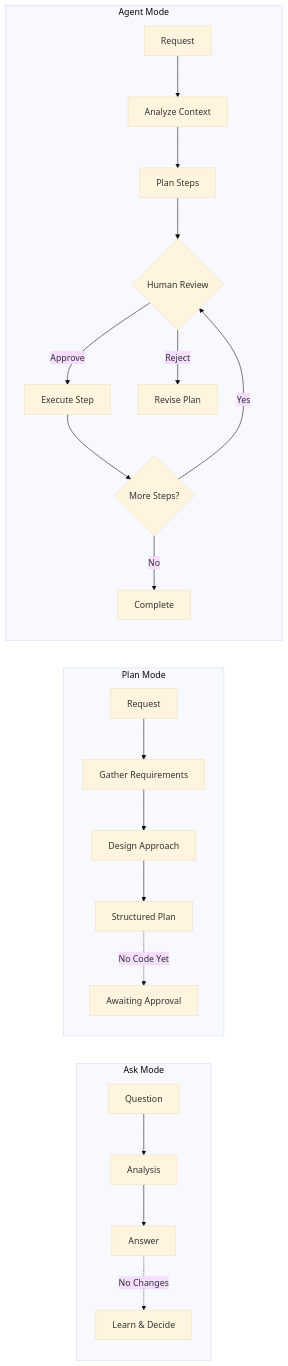
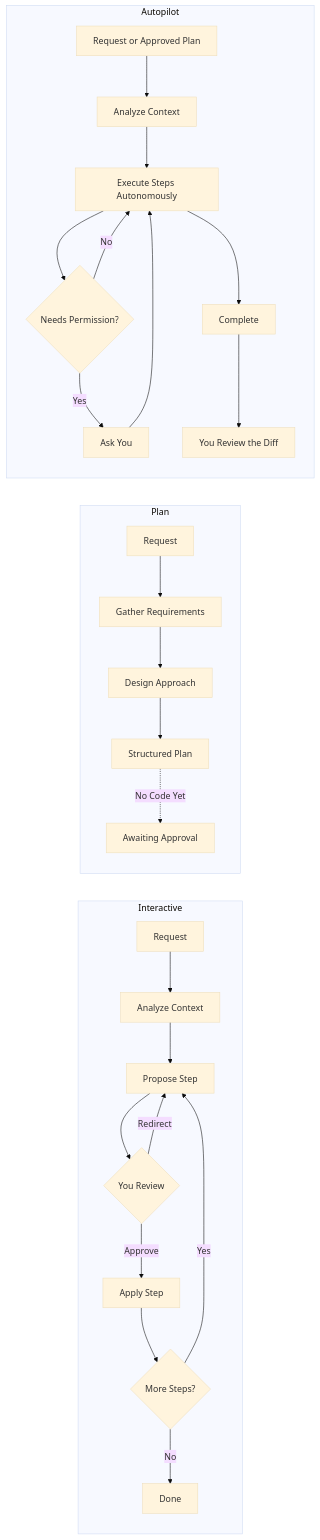
Before and after one commit to centricconsulting/ai-coding-workshop: the second of 6 diagrams in docs/design/diagrams/copilot-interaction-models.md, drawn with Mermaid (base theme). The commit also changed other lines of this file and 21 other files, not shown here.

First line of the commit message:
docs: update interaction models for Interactive, Plan, and Autopilot modes

````diff
--- a/docs/design/diagrams/copilot-interaction-models.md
+++ b/docs/design/diagrams/copilot-interaction-models.md
@@ -26,26 +28,31 @@
 ```mermaid
 graph LR
-    subgraph "Ask Mode"
-        A1[Question] --> A2[Analysis]
-        A2 --> A3[Answer]
-        A3 -.No Changes.-> A4[Learn & Decide]
+    subgraph "Interactive"
+        I1[Request] --> I2[Analyze Context]
+        I2 --> I3[Propose Step]
+        I3 --> I4{You Review}
+        I4 -->|Approve| I5[Apply Step]
+        I4 -->|Redirect| I3
+        I5 --> I6{More Steps?}
+        I6 -->|Yes| I3
+        I6 -->|No| I7[Done]
     end
-    
-    subgraph "Plan Mode"
+
+    subgraph "Plan"
         P1[Request] --> P2[Gather Requirements]
         P2 --> P3[Design Approach]
         P3 --> P4[Structured Plan]
         P4 -.No Code Yet.-> P5[Awaiting Approval]
     end
-    
-    subgraph "Agent Mode"
-        G1[Request] --> G2[Analyze Context]
-        G2 --> G3[Plan Steps]
-        G3 --> G4{Human Review}
-        G4 -->|Approve| G5[Execute Step]
-        G4 -->|Reject| G6[Revise Plan]
-        G5 --> G7{More Steps?}
-        G7 -->|Yes| G4
-        G7 -->|No| G8[Complete]
+
+    subgraph "Autopilot"
+        A1[Request or Approved Plan] --> A2[Analyze Context]
+        A2 --> A3[Execute Steps Autonomously]
+        A3 --> A4{Needs Permission?}
+        A4 -->|Yes| A5[Ask You]
+        A5 --> A3
+        A4 -->|No| A3
+        A3 --> A6[Complete]
+        A6 --> A7[You Review the Diff]
     end
 ```
````
